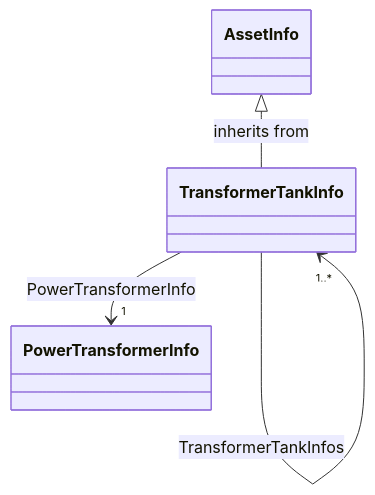
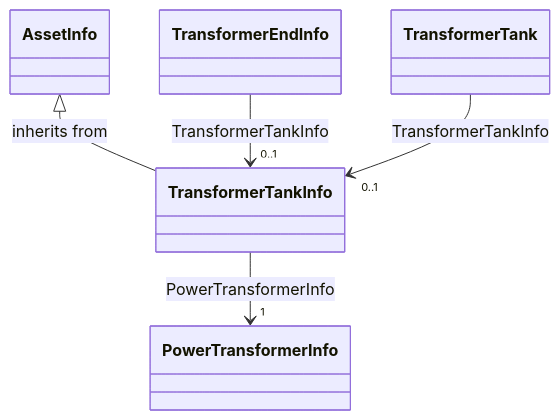
The seventh of 14 diagrams in cimgraph/data_profile/cim18gmdm/asset/Asset.rdfs-t2b.md (PNNL-CIM-Tools/CIM-Graph), drawn with Mermaid before and after one commit. The commit also changed other lines of this file, not shown here.

````diff
--- a/cimgraph/data_profile/cim18gmdm/asset/Asset.rdfs-t2b.md
+++ b/cimgraph/data_profile/cim18gmdm/asset/Asset.rdfs-t2b.md
@@ -351,8 +334,9 @@
 ```mermaid
 classDiagram
 class TransformerTankInfo{
 }
 AssetInfo <|-- TransformerTankInfo : inherits from
 TransformerTankInfo --> "1" PowerTransformerInfo : PowerTransformerInfo
-TransformerTankInfo --> "1..*" TransformerTankInfo : TransformerTankInfos
+TransformerEndInfo --> "0..1" TransformerTankInfo : TransformerTankInfo
+TransformerTank --> "0..1" TransformerTankInfo : TransformerTankInfo
 ```
````
